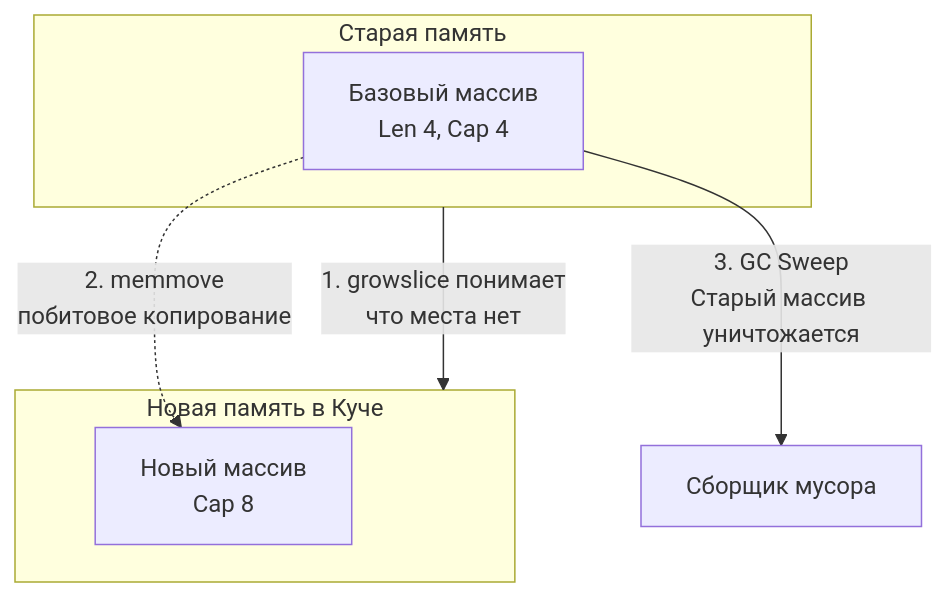
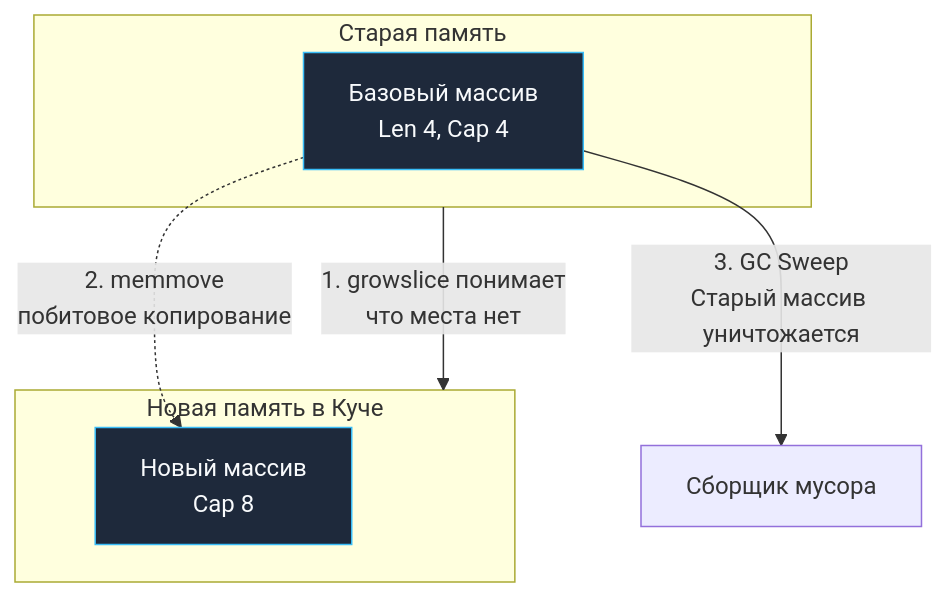
Before and after one commit to UnrealTemplier/go-textbook: the diagram in sources/5. Учебник по Go (Основы и синтаксис)/17. Slice под капотом. len, cap, append и realloc.md, drawn with Mermaid. The commit also changed 1666 other files, not shown here.

First line of the commit message:
feat(mermaid): add semantic color classDef to 1369 colorless flowchart/graph diagrams

````diff
--- a/sources/5. Учебник по Go (Основы и синтаксис)/17. Slice под капотом. len, cap, append и realloc.md
+++ b/sources/5. Учебник по Go (Основы и синтаксис)/17. Slice под капотом. len, cap, append и realloc.md
@@ -44,14 +44,24 @@
 ```mermaid
 flowchart TD
+    classDef process  fill:#1e293b,stroke:#38bdf8,stroke-width:1px,color:#f8fafc
+    classDef success  fill:#064e3b,stroke:#34d399,stroke-width:1px,color:#f8fafc
+    classDef error    fill:#7f1d1d,stroke:#f87171,stroke-width:1px,color:#f8fafc
+    classDef warning  fill:#78350f,stroke:#fbbf24,stroke-width:1px,color:#f8fafc
+    classDef entry    fill:#1e3a5f,stroke:#38bdf8,stroke-width:2px,color:#f8fafc
+    classDef aux      fill:#334155,stroke:#64748b,stroke-width:1px,color:#f8fafc
+    classDef system   fill:#312e81,stroke:#a78bfa,stroke-width:1px,color:#f8fafc
+    classDef data     fill:#132d29,stroke:#2dd4bf,stroke-width:1px,color:#f8fafc
+    classDef network  fill:#881337,stroke:#fb7185,stroke-width:1px,color:#f8fafc
+    classDef accent   fill:#1e1b4b,stroke:#818cf8,stroke-width:1px,color:#f8fafc
     subgraph Old["Старая память"]
-        A["Базовый массив<br>Len 4, Cap 4"]
+        A["Базовый массив<br>Len 4, Cap 4"]:::process
     end
     
     subgraph New["Новая память в Куче"]
-        B["Новый массив<br>Cap 8"]
+        B["Новый массив<br>Cap 8"]:::process
     end
     
     Old -->|"1. growslice понимает<br>что места нет"| New
     A -.->|"2. memmove<br>побитовое копирование"| B
     A -->|"3. GC Sweep<br>Старый массив уничтожается"| GC["Сборщик мусора"]
 ```
````
